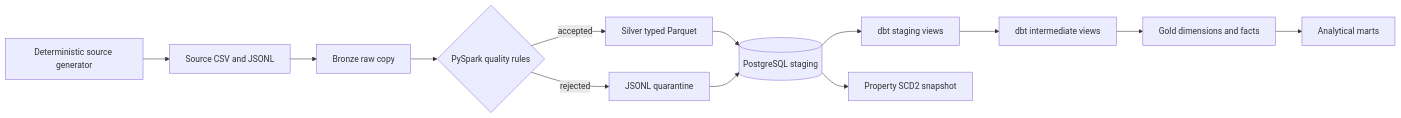
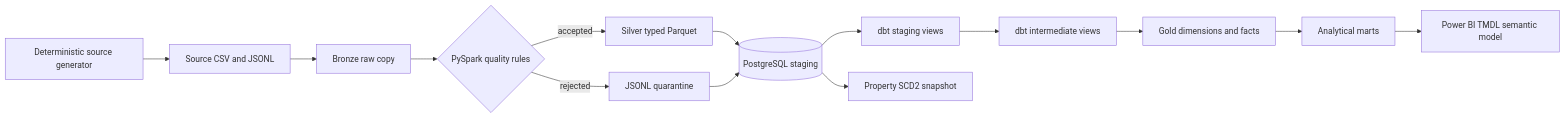
Before and after one commit to YevhenKoval01/Real-Estate-Rental-Database: the diagram in docs/lineage.md, drawn with Mermaid. The commit also changed other lines of this file and 51 other files, not shown here.

````diff
--- a/docs/lineage.md
+++ b/docs/lineage.md
@@ -3,15 +3,16 @@
 ```mermaid
 flowchart LR
     G[Deterministic source generator] --> R[Source CSV and JSONL]
     R --> B[Bronze raw copy]
     B --> Q{PySpark quality rules}
     Q -->|accepted| S[Silver typed Parquet]
     Q -->|rejected| X[JSONL quarantine]
     S --> P[(PostgreSQL staging)]
     X --> P
     P --> DS[dbt staging views]
     DS --> I[dbt intermediate views]
     I --> D[Gold dimensions and facts]
     D --> M[Analytical marts]
     P --> H[Property SCD2 snapshot]
+    M --> BI[Power BI TMDL semantic model]
 ```
````
